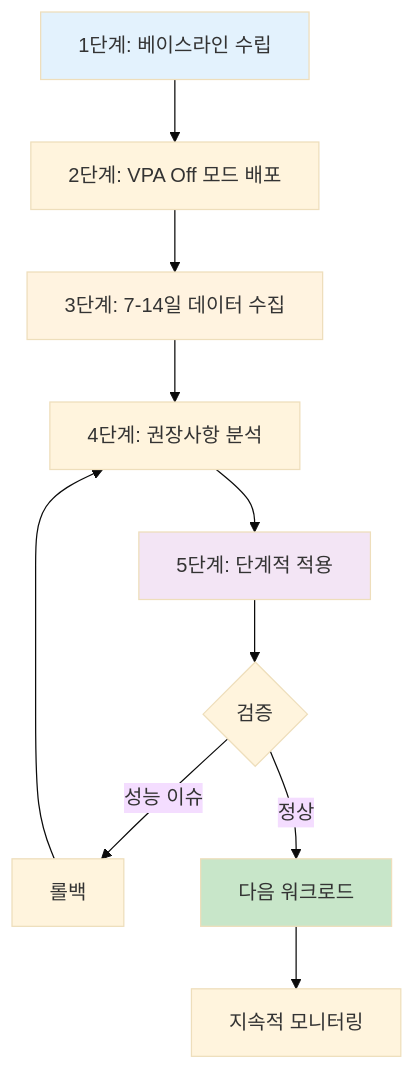
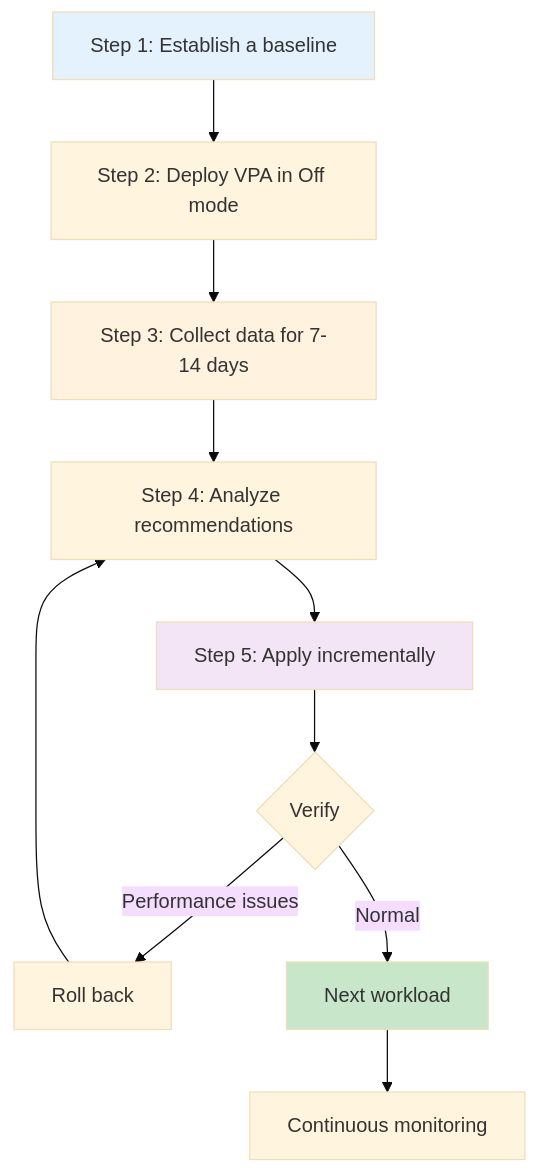
The diagram in docs/eks-best-practices/resource-cost/eks-resource-optimization.md (devfloor9/engineering-playbook), drawn with Mermaid (base theme) before and after one commit. The commit also changed other lines of this file and 954 other files, not shown here.

````diff
--- a/docs/eks-best-practices/resource-cost/eks-resource-optimization.md
+++ b/docs/eks-best-practices/resource-cost/eks-resource-optimization.md
@@ -1412,19 +1426,19 @@
 ```mermaid
 graph TB
-    A[1단계: 베이스라인 수립] --> B[2단계: VPA Off 모드 배포]
-    B --> C[3단계: 7-14일 데이터 수집]
-    C --> D[4단계: 권장사항 분석]
-    D --> E[5단계: 단계적 적용]
+    A[Step 1: Establish a baseline] --> B[Step 2: Deploy VPA in Off mode]
+    B --> C[Step 3: Collect data for 7-14 days]
+    C --> D[Step 4: Analyze recommendations]
+    D --> E[Step 5: Apply incrementally]
 
-    E --> F{검증}
-    F -->|성능 이슈| G[롤백]
-    F -->|정상| H[다음 워크로드]
+    E --> F{Verify}
+    F -->|Performance issues| G[Roll back]
+    F -->|Normal| H[Next workload]
 
     G --> D
-    H --> I[지속적 모니터링]
+    H --> I[Continuous monitoring]
 
     style A fill:#e3f2fd
     style C fill:#fff3e0
     style E fill:#f3e5f5
     style H fill:#c8e6c9
 ```
````
